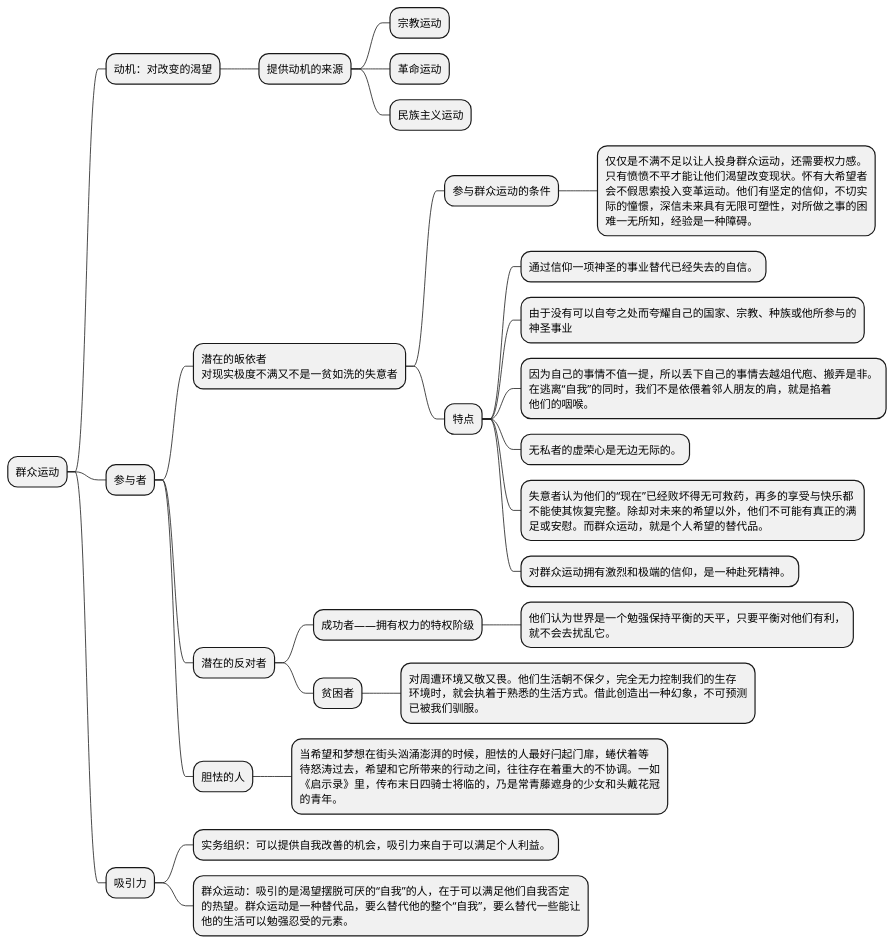
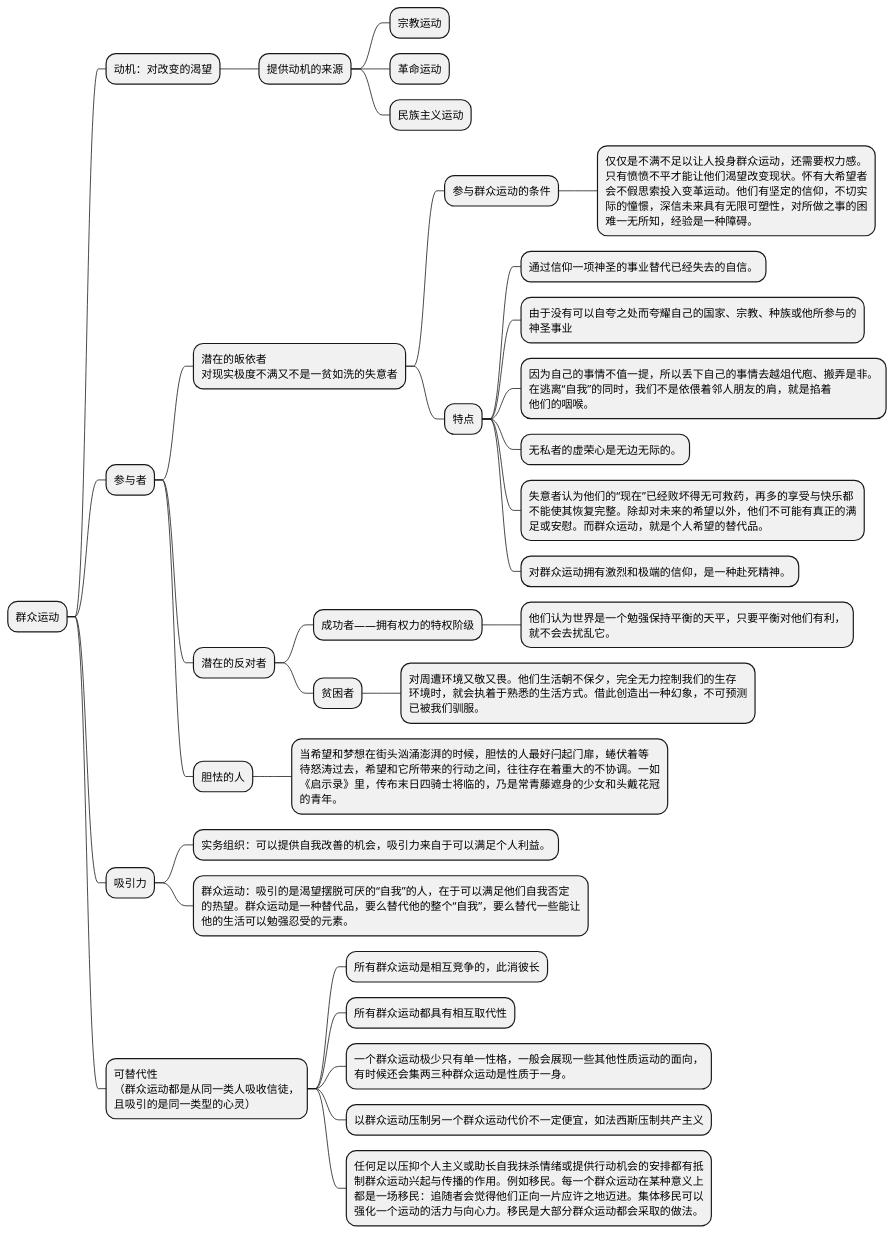
One commit to SamaelChen/reading_notebook changed the diagram in 社会心理/狂热分子.md. Above: the diagram before and after it, drawn with PlantUML. The commit also changed other lines of this file, not shown here.

````diff
--- a/社会心理/狂热分子.md
+++ b/社会心理/狂热分子.md
@@ -12,31 +12,38 @@
 ```puml
 @startmindmap
 * 群众运动
 	* 动机：对改变的渴望
 		* 提供动机的来源
 			* 宗教运动
 			* 革命运动
 			* 民族主义运动
 	* 参与者
 		* 潜在的皈依者\n对现实极度不满又不是一贫如洗的失意者
 			* 参与群众运动的条件
 				* 仅仅是不满不足以让人投身群众运动，还需要权力感。\n只有愤愤不平才能让他们渴望改变现状。怀有大希望者\n会不假思索投入变革运动。他们有坚定的信仰，不切实\n际的憧憬，深信未来具有无限可塑性，对所做之事的困\n难一无所知，经验是一种障碍。
 			* 特点
 				* 通过信仰一项神圣的事业替代已经失去的自信。
 				* 由于没有可以自夸之处而夸耀自己的国家、宗教、种族或他所参与的\n神圣事业
 				* 因为自己的事情不值一提，所以丢下自己的事情去越俎代庖、搬弄是非。\n在逃离“自我”的同时，我们不是依偎着邻人朋友的肩，就是掐着\n他们的咽喉。
 				* 无私者的虚荣心是无边无际的。
 				* 失意者认为他们的“现在”已经败坏得无可救药，再多的享受与快乐都\n不能使其恢复完整。除却对未来的希望以外，他们不可能有真正的满\n足或安慰。而群众运动，就是个人希望的替代品。
 				* 对群众运动拥有激烈和极端的信仰，是一种赴死精神。
 		* 潜在的反对者
 			* 成功者——拥有权力的特权阶级
 				* 他们认为世界是一个勉强保持平衡的天平，只要平衡对他们有利，\n就不会去扰乱它。
 			* 贫困者
 				* 对周遭环境又敬又畏。他们生活朝不保夕，完全无力控制我们的生存\n环境时，就会执着于熟悉的生活方式。借此创造出一种幻象，不可预测\n已被我们驯服。
 		* 胆怯的人
 			* 当希望和梦想在街头汹涌澎湃的时候，胆怯的人最好闩起门扉，蜷伏着等\n待怒涛过去，希望和它所带来的行动之间，往往存在着重大的不协调。一如\n《启示录》里，传布末日四骑士将临的，乃是常青藤遮身的少女和头戴花冠\n的青年。
 	* 吸引力
 		* 实务组织：可以提供自我改善的机会，吸引力来自于可以满足个人利益。
 		* 群众运动：吸引的是渴望摆脱可厌的“自我”的人，在于可以满足他们自我否定\n的热望。群众运动是一种替代品，要么替代他的整个“自我”，要么替代一些能让\n他的生活可以勉强忍受的元素。
+
+	* 可替代性\n（群众运动都是从同一类人吸收信徒，\n且吸引的是同一类型的心灵）
+		* 所有群众运动是相互竞争的，此消彼长
+		* 所有群众运动都具有相互取代性
+		* 一个群众运动极少只有单一性格，一般会展现一些其他性质运动的面向，\n有时候还会集两三种群众运动是性质于一身。
+		* 以群众运动压制另一个群众运动代价不一定便宜，如法西斯压制共产主义
+		* 任何足以压抑个人主义或助长自我抹杀情绪或提供行动机会的安排都有抵\n制群众运动兴起与传播的作用。例如移民。每一个群众运动在某种意义上\n都是一场移民：追随者会觉得他们正向一片应许之地迈进。集体移民可以\n强化一个运动的活力与向心力。移民是大部分群众运动都会采取的做法。
 @endmindmap
 ```
````
